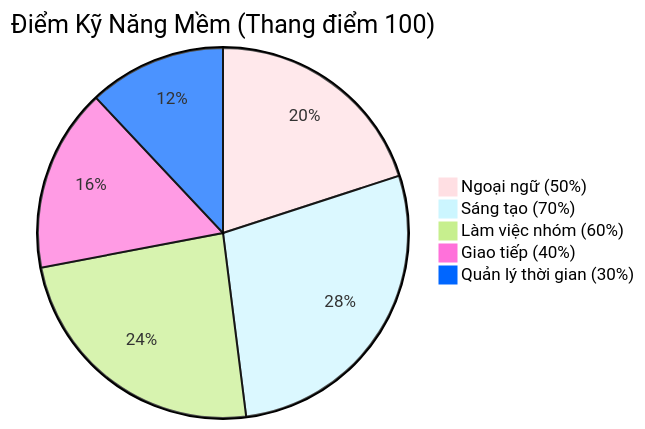
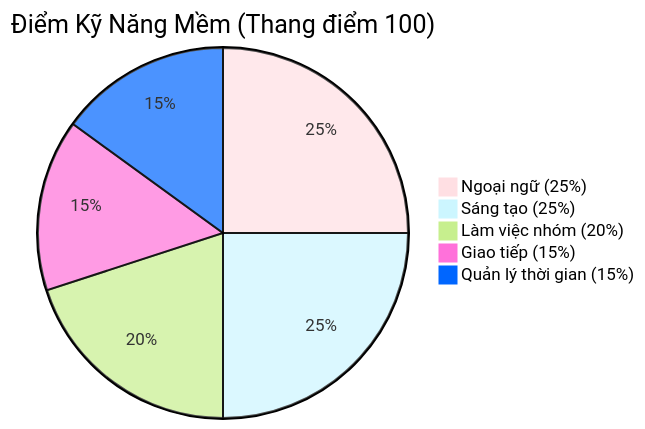
Before and after one commit to baochau-cmyk/baochau-cmyk: the diagram in README.md, drawn with Mermaid.

````diff
--- a/README.md
+++ b/README.md
@@ -51,18 +51,18 @@
 ```mermaid
 ---
 config: 
     themeVariables:
         pie1: "#FFDFE3" 
         pie2: "#CCF6FF" 
         pie3: "#C7EF8E" 
         pie4: "#FF71DA" 
         pie5: "#0066FF"
 ---
 pie
     title Điểm Kỹ Năng Mềm (Thang điểm 100)
-    "Ngoại ngữ (50%)" : 50
-    "Sáng tạo (70%)" : 70
-    "Làm việc nhóm (60%)" : 60
-    "Giao tiếp (40%)" : 40
-    "Quản lý thời gian (30%)" : 30
+    "Ngoại ngữ (25%)" : 25
+    "Sáng tạo (25%)" : 25
+    "Làm việc nhóm (20%)" : 20
+    "Giao tiếp (15%)" : 15
+    "Quản lý thời gian (15%)" : 15
 ```
````
